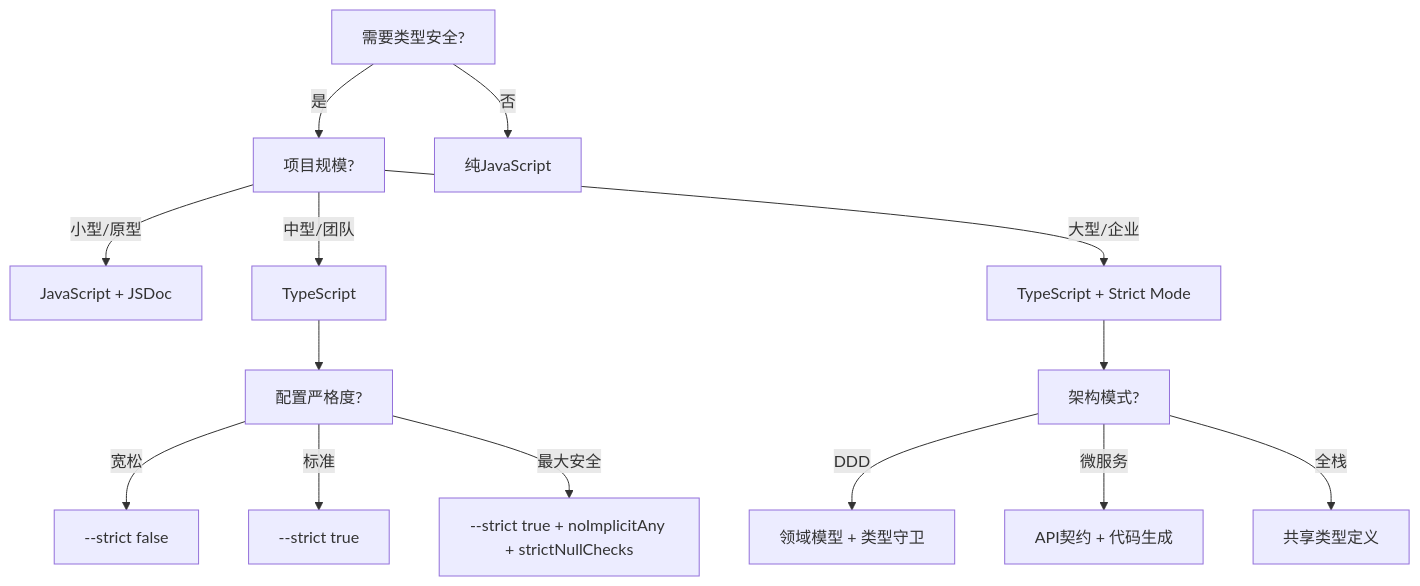
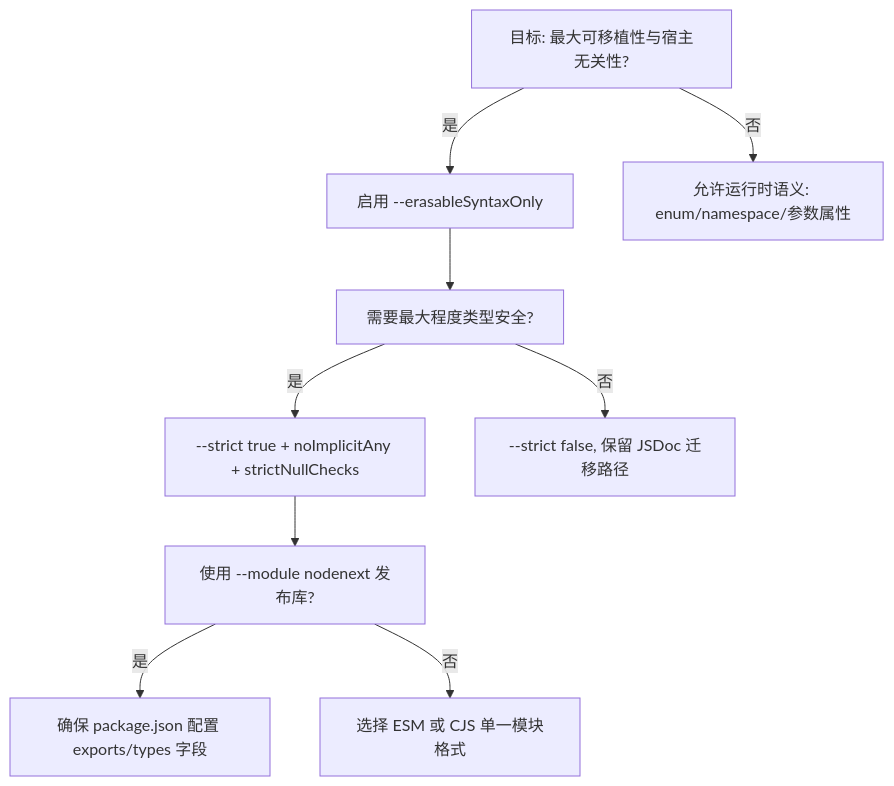
Before and after one commit to AdaMartin18010/JavaScriptTypeScript: the second of 6 diagrams in JSTS全景综述/JS_TS_语言语义模型全面分析.md, drawn with Mermaid. The commit also changed other lines of this file and 5 other files, not shown here.

````diff
--- a/JSTS全景综述/JS_TS_语言语义模型全面分析.md
+++ b/JSTS全景综述/JS_TS_语言语义模型全面分析.md
@@ -154,19 +140,11 @@
 ```mermaid
 flowchart TD
-    A[需要类型安全?] -->|是| B[项目规模?]
-    A -->|否| C[纯JavaScript]
-
-    B -->|小型/原型| D[JavaScript + JSDoc]
-    B -->|中型/团队| E[TypeScript]
-    B -->|大型/企业| F[TypeScript + Strict Mode]
-
-    E --> G[配置严格度?]
-    G -->|宽松| H[--strict false]
-    G -->|标准| I[--strict true]
-    G -->|最大安全| J[--strict true + noImplicitAny + strictNullChecks]
-
-    F --> K[架构模式?]
-    K -->|DDD| L[领域模型 + 类型守卫]
-    K -->|微服务| M[API契约 + 代码生成]
-    K -->|全栈| N[共享类型定义]
+    A[目标: 最大可移植性与宿主无关性?] -->|是| B[启用 --erasableSyntaxOnly]
+    A -->|否| C[允许运行时语义: enum/namespace/参数属性]
+    B --> D[需要最大程度类型安全?]
+    D -->|是| E[--strict true + noImplicitAny + strictNullChecks]
+    D -->|否| F[--strict false, 保留 JSDoc 迁移路径]
+    E --> G[使用 --module nodenext 发布库?]
+    G -->|是| H[确保 package.json 配置 exports/types 字段]
+    G -->|否| I[选择 ESM 或 CJS 单一模块格式]
 ```
````
